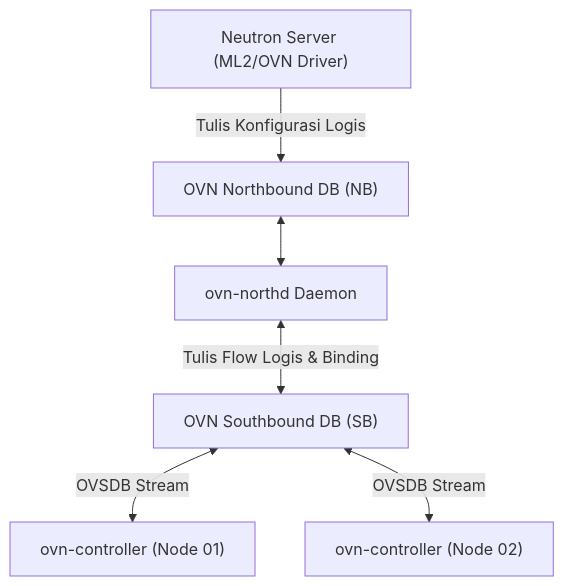
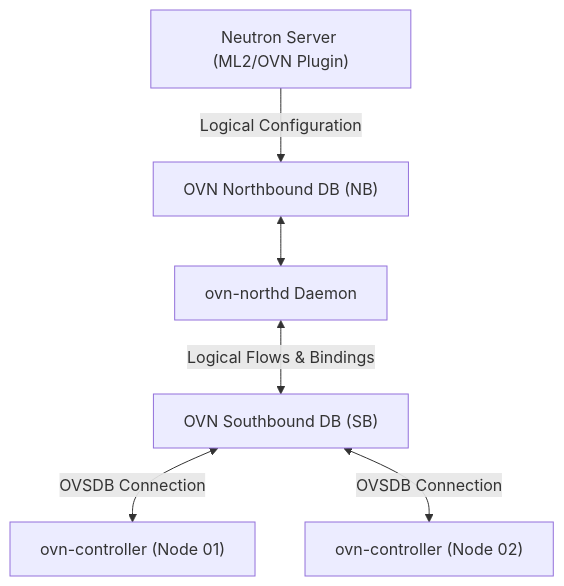
The diagram in neutron-ovn.md (AbyanDimas/Opentack-Research), drawn with Mermaid before and after one commit. The commit also changed other lines of this file and 12 other files, not shown here.

````diff
--- a/neutron-ovn.md
+++ b/neutron-ovn.md
@@ -23,15 +23,15 @@
 ```mermaid
 flowchart TB
-    NeutronServer["Neutron Server (ML2/OVN Driver)"]
+    NeutronServer["Neutron Server (ML2/OVN Plugin)"]
     OVNNB["OVN Northbound DB (NB)"]
     OVNNorthd["ovn-northd Daemon"]
     OVNSB["OVN Southbound DB (SB)"]
     OVNNode1["ovn-controller (Node 01)"]
     OVNNode2["ovn-controller (Node 02)"]
 
-    NeutronServer -->|Tulis Konfigurasi Logis| OVNNB
+    NeutronServer -->|Logical Configuration| OVNNB
     OVNNB <--> OVNNorthd
-    OVNNorthd <-->|Tulis Flow Logis & Binding| OVNSB
-    OVNSB <-->|OVSDB Stream| OVNNode1
-    OVNSB <-->|OVSDB Stream| OVNNode2
+    OVNNorthd <-->|Logical Flows & Bindings| OVNSB
+    OVNSB <-->|OVSDB Connection| OVNNode1
+    OVNSB <-->|OVSDB Connection| OVNNode2
 ```
````
